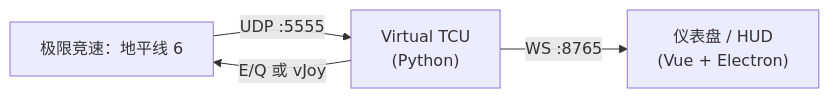
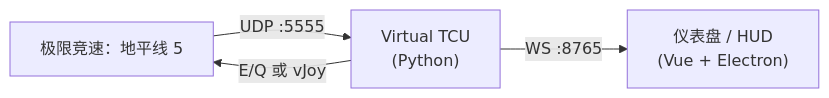
The diagram in README.zh-CN.md (Wemby171/fh5-virtual-tcu), drawn with Mermaid before and after one commit. The commit also changed other lines of this file and 1 other file, not shown here.

````diff
--- a/README.zh-CN.md
+++ b/README.zh-CN.md
@@ -46,6 +55,6 @@
 ```mermaid
 flowchart LR
-  FH6["极限竞速：地平线 6"] -->|"UDP :5555"| TCU["Virtual TCU\n(Python)"]
-  TCU -->|"E/Q 或 vJoy"| FH6
+  FH5["极限竞速：地平线 5"] -->|"UDP :5555"| TCU["Virtual TCU\n(Python)"]
+  TCU -->|"E/Q 或 vJoy"| FH5
   TCU -->|"WS :8765"| UI["仪表盘 / HUD\n(Vue + Electron)"]
 ```
````
